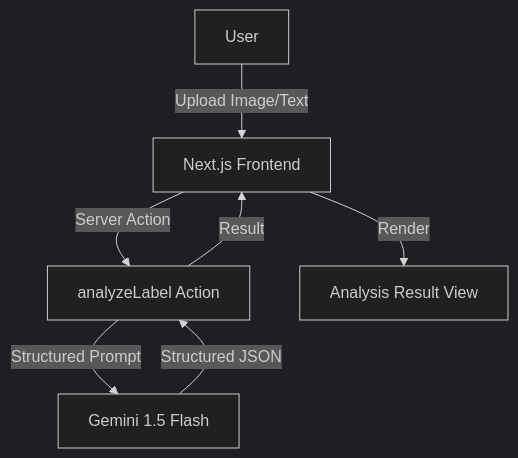
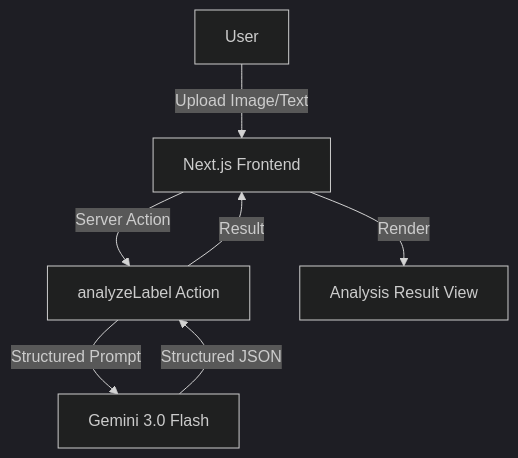
Before and after one commit to Sidharth-e/cleanlabel.ai: the diagram in README.md, drawn with Mermaid (dark theme). The commit also changed other lines of this file, not shown here.

Commit message:
docs: standardize Gemini version in README

````diff
--- a/README.md
+++ b/README.md
@@ -71,9 +71,9 @@
 ```mermaid
 graph TD
     User[User] -->|Upload Image/Text| Frontend[Next.js Frontend]
     Frontend -->|Server Action| Action[analyzeLabel Action]
-    Action -->|Structured Prompt| Gemini[Gemini 1.5 Flash]
+    Action -->|Structured Prompt| Gemini[Gemini 3.0 Flash]
     Gemini -->|Structured JSON| Action
     Action -->|Result| Frontend
     Frontend -->|Render| UI[Analysis Result View]
 ```
````
